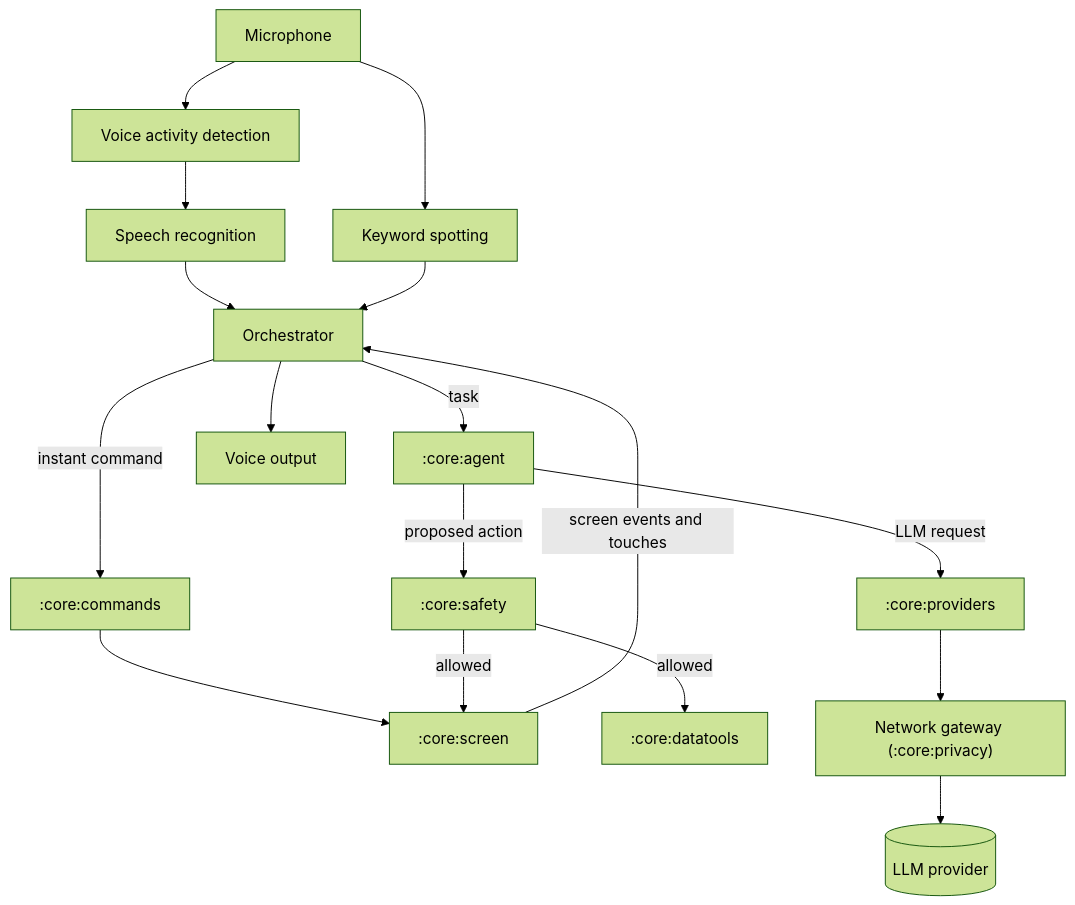
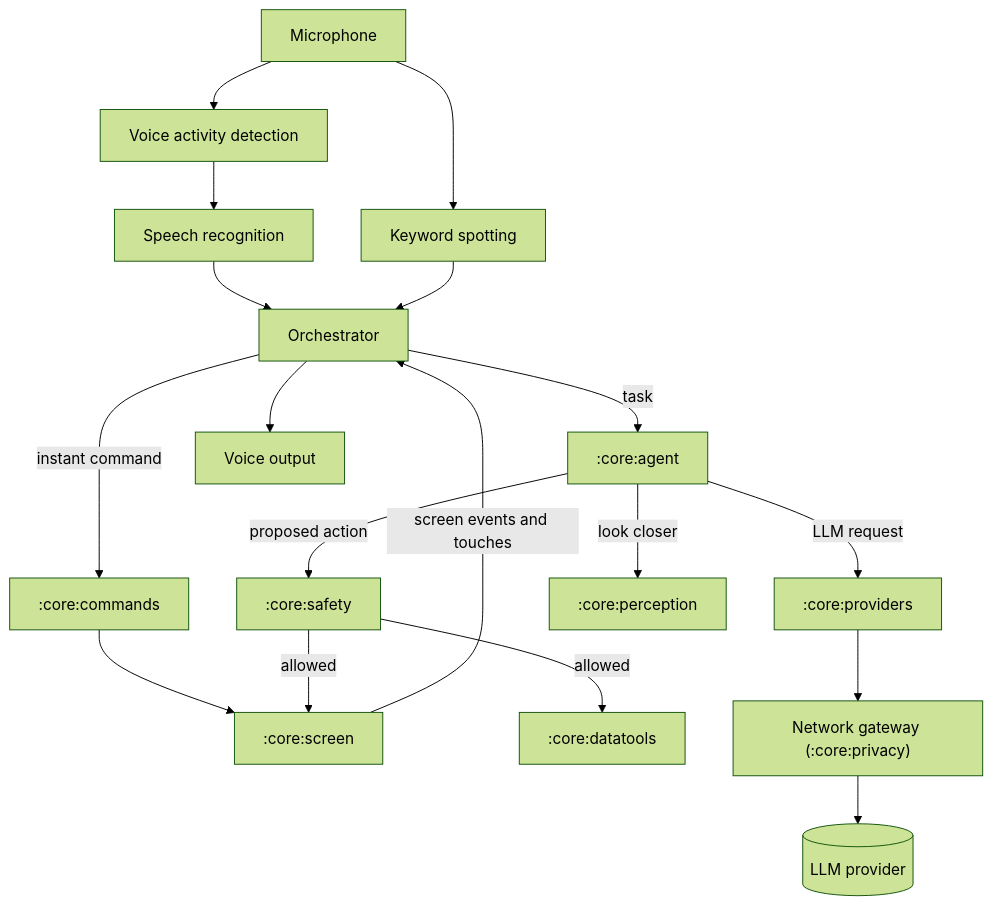
The diagram in docs/superpowers/specs/2026-11-12-kestrel-design.md (ak800i/kestrel), drawn with Mermaid (forest theme) before and after one commit. The commit also changed other lines of this file and 38 other files, not shown here.

````diff
--- a/docs/superpowers/specs/2026-11-12-kestrel-design.md
+++ b/docs/superpowers/specs/2026-11-12-kestrel-design.md
@@ -182,17 +183,18 @@
 ```mermaid
 flowchart TD
     MIC[Microphone] --> VAD[Voice activity detection] --> ASR[Speech recognition]
     MIC --> KWS[Keyword spotting]
     ASR --> ORC[Orchestrator]
     KWS --> ORC
     ORC -->|instant command| CMD[":core:commands"]
     CMD --> SCR[":core:screen"]
     ORC -->|task| AGT[":core:agent"]
     AGT -->|proposed action| SAF[":core:safety"]
     SAF -->|allowed| SCR
     SAF -->|allowed| DATA[":core:datatools"]
     AGT -->|LLM request| PROV[":core:providers"]
+    AGT -->|look closer| PER[":core:perception"]
     PROV --> NET["Network gateway (:core:privacy)"] --> LLM[(LLM provider)]
     SCR -->|screen events and touches| ORC
     ORC --> TTS[Voice output]
 ```
````
